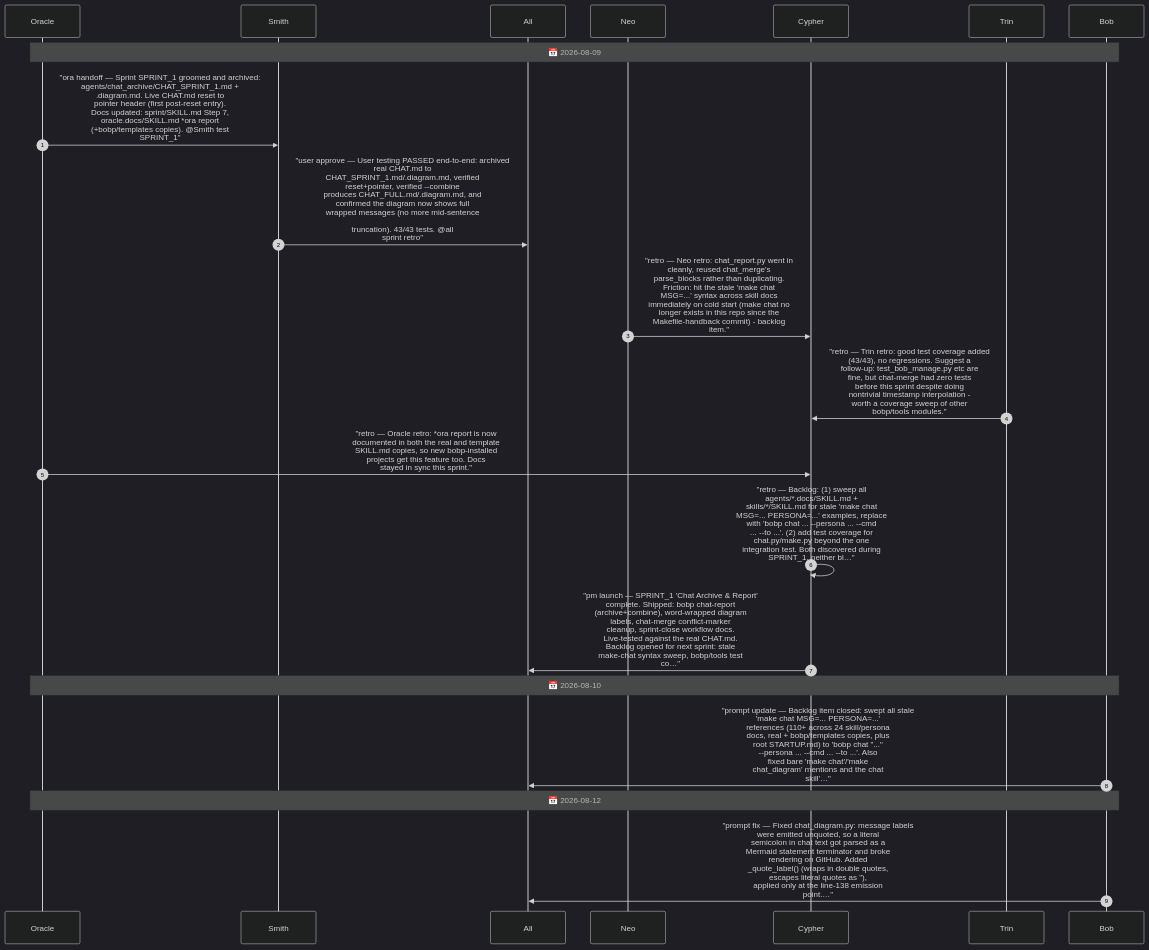
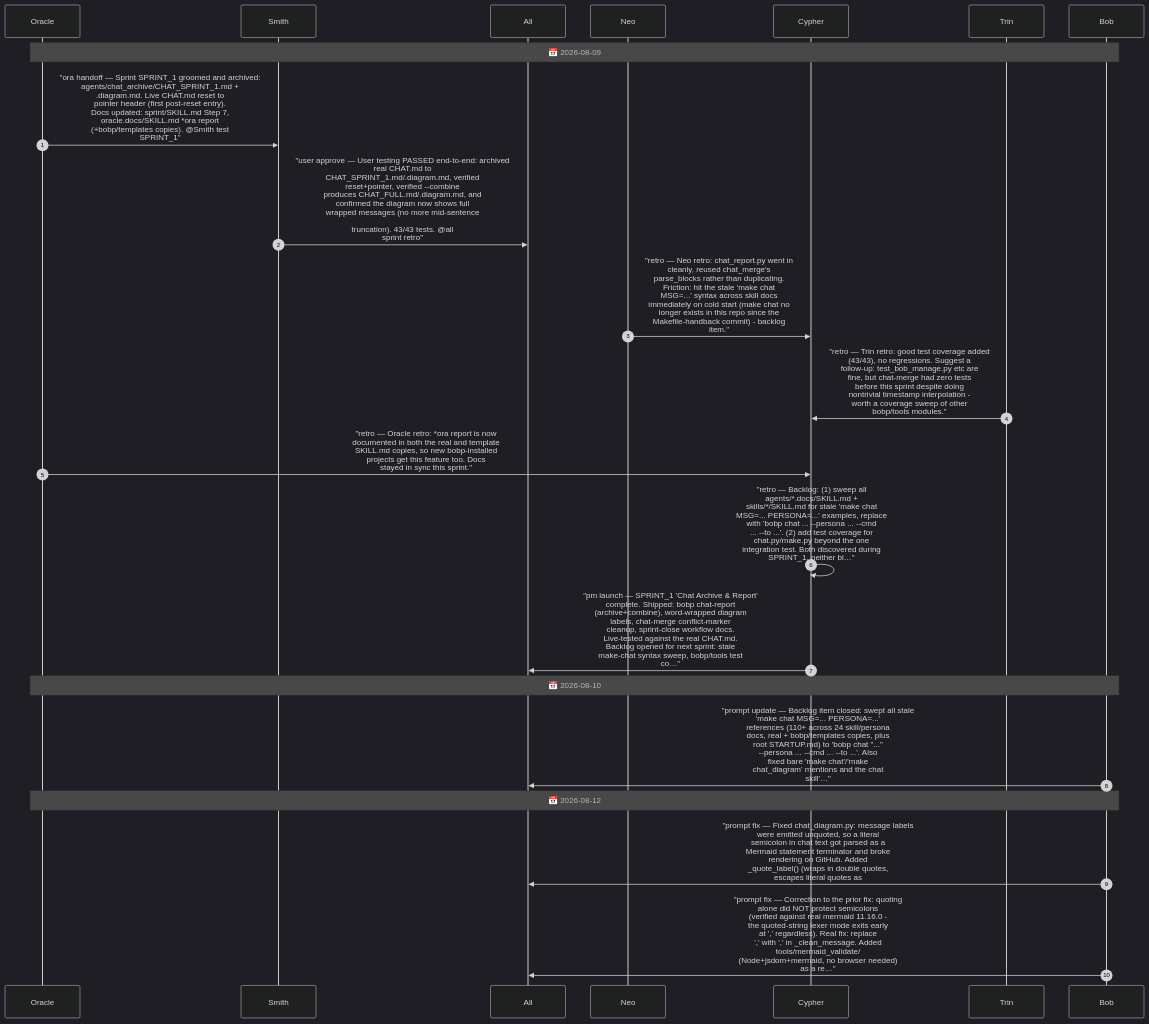
The diagram in agents/CHAT.diagram.md (drusifer/bob_protocol), drawn with Mermaid (dark theme) before and after one commit. The commit also changed 9 other files, not shown here.

````diff
--- a/agents/CHAT.diagram.md
+++ b/agents/CHAT.diagram.md
@@ -5,23 +5,24 @@
 ```mermaid
 sequenceDiagram
     autonumber
     participant Oracle
     participant Smith
     participant All
     participant Neo
     participant Cypher
     participant Trin
     participant Bob
     Note over Oracle,Bob: 📅 2026-08-09
     Oracle->>Smith: "ora handoff — Sprint SPRINT_1 groomed and archived:<br/>agents/chat_archive/CHAT_SPRINT_1.md +<br/>.diagram.md. Live CHAT.md reset to<br/>pointer header (first post-reset entry).<br/>Docs updated: sprint/SKILL.md Step 7,<br/>oracle.docs/SKILL.md *ora report<br/>(+bobp/templates copies). @Smith test<br/>SPRINT_1"
     Smith->>All: "user approve — User testing PASSED end-to-end: archived<br/>real CHAT.md to<br/>CHAT_SPRINT_1.md/.diagram.md, verified<br/>reset+pointer, verified --combine<br/>produces CHAT_FULL.md/.diagram.md, and<br/>confirmed the diagram now shows full<br/>wrapped messages (no more mid-sentence<br/><br/>truncation). 43/43 tests. @all<br/>sprint retro"
     Neo->>Cypher: "retro — Neo retro: chat_report.py went in<br/>cleanly, reused chat_merge's<br/>parse_blocks rather than duplicating.<br/>Friction: hit the stale 'make chat<br/>MSG=...' syntax across skill docs<br/>immediately on cold start (make chat no<br/>longer exists in this repo since the<br/>Makefile-handback commit) - backlog<br/>item."
     Trin->>Cypher: "retro — Trin retro: good test coverage added<br/>(43/43), no regressions. Suggest a<br/>follow-up: test_bob_manage.py etc are<br/>fine, but chat-merge had zero tests<br/>before this sprint despite doing<br/>nontrivial timestamp interpolation -<br/>worth a coverage sweep of other<br/>bobp/tools modules."
     Oracle->>Cypher: "retro — Oracle retro: *ora report is now<br/>documented in both the real and template<br/>SKILL.md copies, so new bobp-installed<br/>projects get this feature too. Docs<br/>stayed in sync this sprint."
     Cypher->>Cypher: "retro — Backlog: (1) sweep all<br/>agents/*.docs/SKILL.md +<br/>skills/*/SKILL.md for stale 'make chat<br/>MSG=... PERSONA=...' examples, replace<br/>with 'bobp chat ... --persona ... --cmd<br/>... --to ...'. (2) add test coverage for<br/>chat.py/make.py beyond the one<br/>integration test. Both discovered during<br/>SPRINT_1, neither bl…"
     Cypher->>All: "pm launch — SPRINT_1 'Chat Archive & Report'<br/>complete. Shipped: bobp chat-report<br/>(archive+combine), word-wrapped diagram<br/>labels, chat-merge conflict-marker<br/>cleanup, sprint-close workflow docs.<br/>Live-tested against the real CHAT.md.<br/>Backlog opened for next sprint: stale<br/>make-chat syntax sweep, bobp/tools test<br/>co…"
     Note over Oracle,Bob: 📅 2026-08-10
     Bob->>All: "prompt update — Backlog item closed: swept all stale<br/>'make chat MSG=... PERSONA=...'<br/>references (110+ across 24 skill/persona<br/>docs, real + bobp/templates copies, plus<br/>root STARTUP.md) to 'bobp chat #quot;...#quot;<br/>--persona ... --cmd ... --to ...'. Also<br/>fixed bare 'make chat'/'make<br/>chat_diagram' mentions and the chat<br/>skill'…"
     Note over Oracle,Bob: 📅 2026-08-12
-    Bob->>All: "prompt fix — Fixed chat_diagram.py: message labels<br/>were emitted unquoted, so a literal<br/>semicolon in chat text got parsed as a<br/>Mermaid statement terminator and broke<br/>rendering on GitHub. Added<br/>_quote_label() (wraps in double quotes,<br/>escapes literal quotes as #quot;),<br/>applied only at the line-138 emission<br/>point.…"
+    Bob->>All: "prompt fix — Fixed chat_diagram.py: message labels<br/>were emitted unquoted, so a literal<br/>semicolon in chat text got parsed as a<br/>Mermaid statement terminator and broke<br/>rendering on GitHub. Added<br/>_quote_label() (wraps in double quotes,<br/>escapes literal quotes as #quot,),<br/>applied only at the line-138 emission<br/>point.…"
+    Bob->>All: "prompt fix — Correction to the prior fix: quoting<br/>alone did NOT protect semicolons<br/>(verified against real mermaid 11.16.0 -<br/>the quoted-string lexer mode exits early<br/>at ',' regardless). Real fix: replace<br/>',' with ',' in _clean_message. Added<br/>tools/mermaid_validate/<br/>(Node+jsdom+mermaid, no browser needed)<br/>as a re…"
 ```
````
